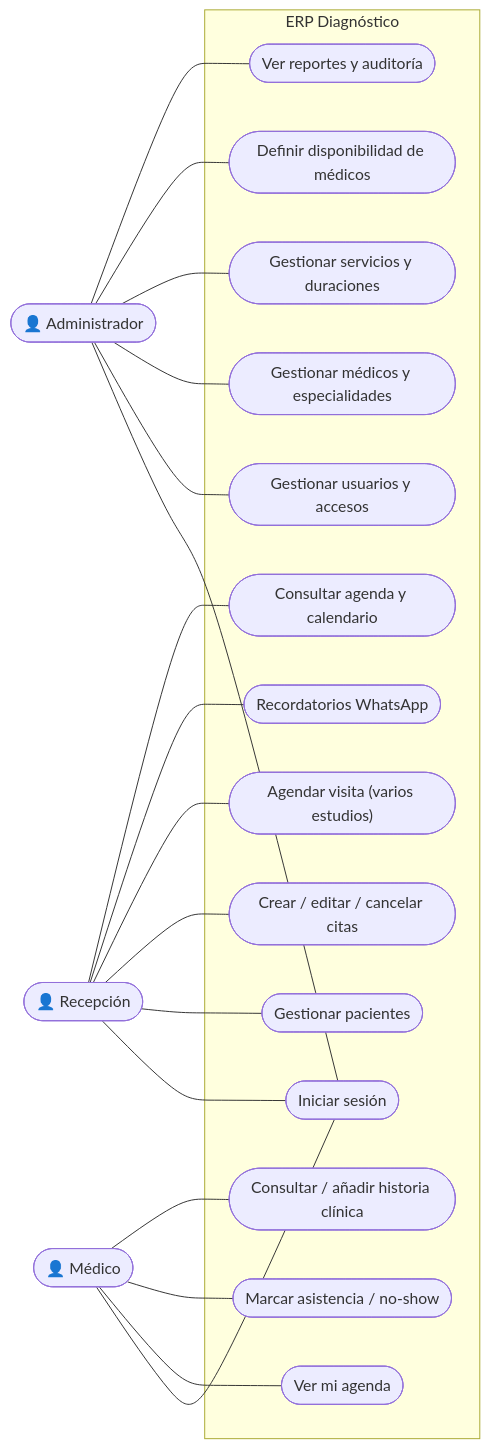
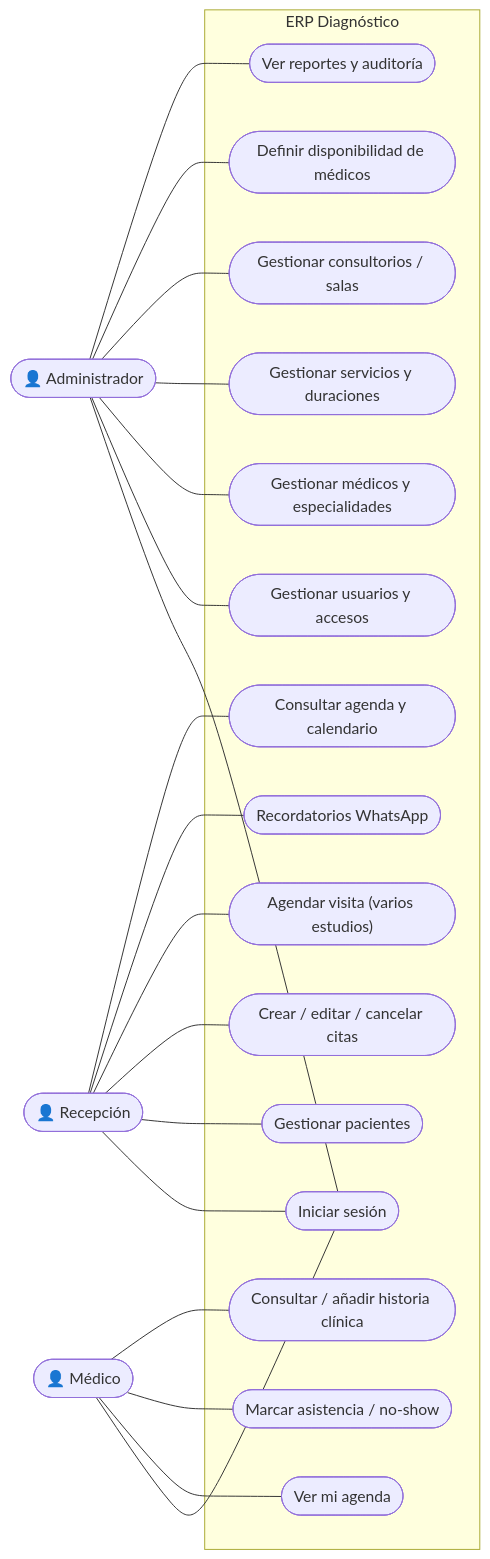
One commit to DhanaCorredor/diagnostico-backend changed the diagram in docs/CASOS-DE-USO.md. Above: the diagram before and after it, drawn with Mermaid. The commit also changed other lines of this file and 6 other files, not shown here.

````diff
--- a/docs/CASOS-DE-USO.md
+++ b/docs/CASOS-DE-USO.md
@@ -7,43 +7,45 @@
 ```mermaid
 flowchart LR
     admin(["👤 Administrador"])
     recep(["👤 Recepción"])
     medico(["👤 Médico"])
 
     subgraph SIS["ERP Diagnóstico"]
         login(["Iniciar sesión"])
         uUsuarios(["Gestionar usuarios y accesos"])
         uMedicos(["Gestionar médicos y especialidades"])
         uServicios(["Gestionar servicios y duraciones"])
+        uConsultorios(["Gestionar consultorios / salas"])
         uDisp(["Definir disponibilidad de médicos"])
         uReportes(["Ver reportes y auditoría"])
         uPacientes(["Gestionar pacientes"])
         uCitas(["Crear / editar / cancelar citas"])
         uVisita(["Agendar visita (varios estudios)"])
         uRecord(["Recordatorios WhatsApp"])
         uAgenda(["Consultar agenda y calendario"])
         uMiAgenda(["Ver mi agenda"])
         uAsistencia(["Marcar asistencia / no-show"])
         uHistoria(["Consultar / añadir historia clínica"])
     end
 
     admin --- login
     recep --- login
     medico --- login
 
     admin --- uUsuarios
     admin --- uMedicos
     admin --- uServicios
+    admin --- uConsultorios
     admin --- uDisp
     admin --- uReportes
 
     recep --- uPacientes
     recep --- uCitas
     recep --- uVisita
     recep --- uRecord
     recep --- uAgenda
 
     medico --- uMiAgenda
     medico --- uAsistencia
     medico --- uHistoria
 ```
````
